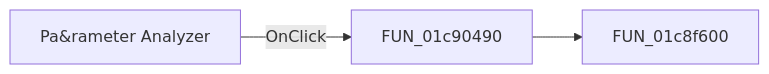
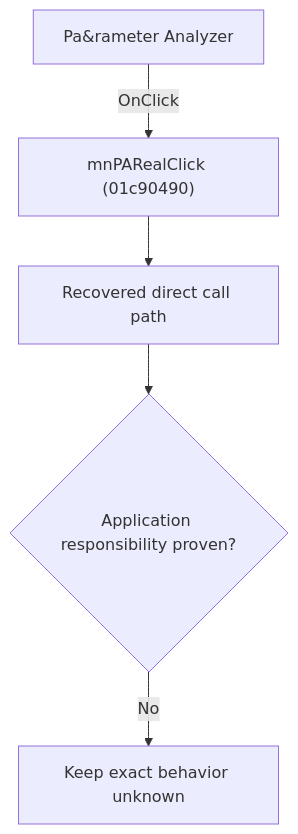
Before and after one commit to MovGP0/TIARA: the diagram in docs/ui-controls/schematiceditor/parameteranalyzer-97ed30abee.md, drawn with Mermaid. The commit also changed other lines of this file and 1062 other files, not shown here.

````diff
--- a/docs/ui-controls/schematiceditor/parameteranalyzer-97ed30abee.md
+++ b/docs/ui-controls/schematiceditor/parameteranalyzer-97ed30abee.md
@@ -27,5 +27,7 @@
 ```mermaid
-flowchart LR
-    control["Pa&rameter Analyzer"] -->|OnClick| handler["FUN_01c90490"]
-    handler --> call1["FUN_01c8f600"]
+flowchart TD
+    control["Pa&rameter Analyzer"] -->|"OnClick"| handler["mnPARealClick (01c90490)"]
+    handler --> recovered["Recovered direct call path"]
+    recovered --> gap{"Application responsibility proven?"}
+    gap -->|"No"| blocked["Keep exact behavior unknown"]
 ```
````
